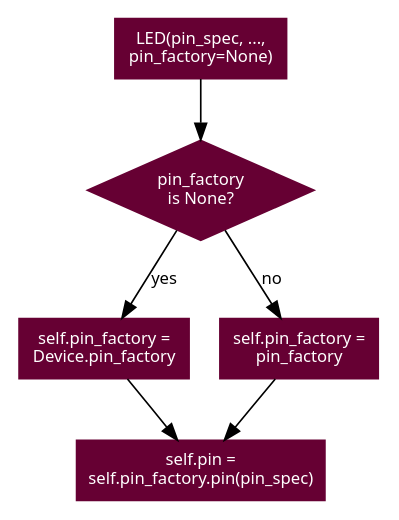
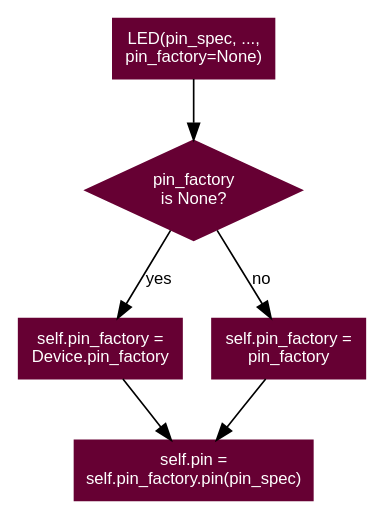
The diagram in docs/images/device_pin_flowchart.dot (gpiozero/gpiozero), drawn with Graphviz before and after one commit. The commit also changed 27 other files, not shown here.

First line of the commit message:
Use Arial instead of Sans

```diff
--- a/docs/images/device_pin_flowchart.dot
+++ b/docs/images/device_pin_flowchart.dot
@@ -1,19 +1,19 @@
 /* vim: set et sw=4 sts=4: */
 
 digraph device_pins {
     graph [rankdir=TB];
-    node [shape=rect, style=filled, color="#660033", fontname=Sans, fontcolor="#ffffff", fontsize=10];
-    edge [fontname=Sans, fontsize=10];
+    node [shape=rect, style=filled, color="#660033", fontname=Arial, fontcolor="#ffffff", fontsize=10];
+    edge [fontname=Arial, fontsize=10];
 
     constructor [label="LED(pin_spec, ...,\npin_factory=None)"];
     pin_factory_kwarg [shape=diamond,label="pin_factory\nis None?"];
     default_factory [label="self.pin_factory =\nDevice.pin_factory"];
     override_factory [label="self.pin_factory =\npin_factory"];
     factory_pin [label="self.pin =\nself.pin_factory.pin(pin_spec)"];
 
     constructor->pin_factory_kwarg;
     pin_factory_kwarg->default_factory [label="yes"];
     pin_factory_kwarg->override_factory [label="no"];
     default_factory->factory_pin;
     override_factory->factory_pin;
 }
```
